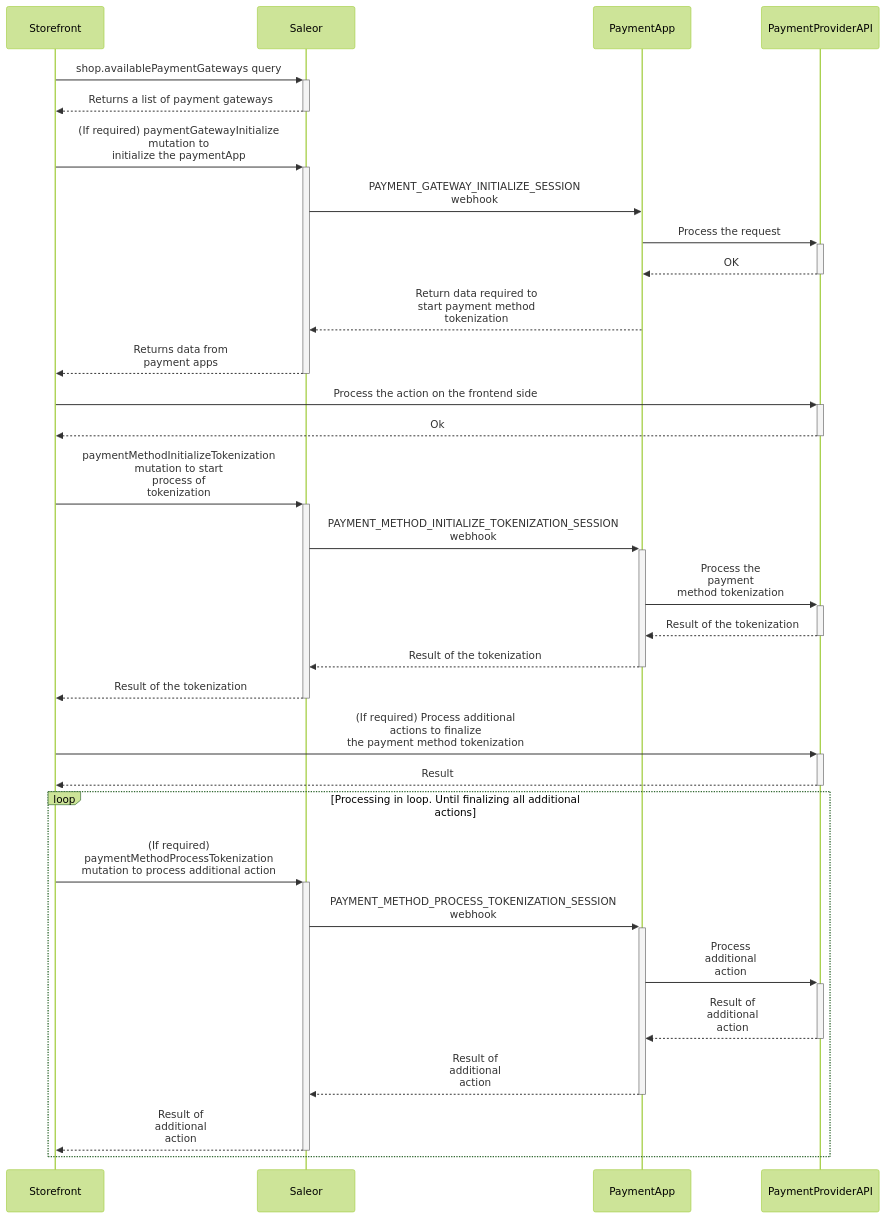
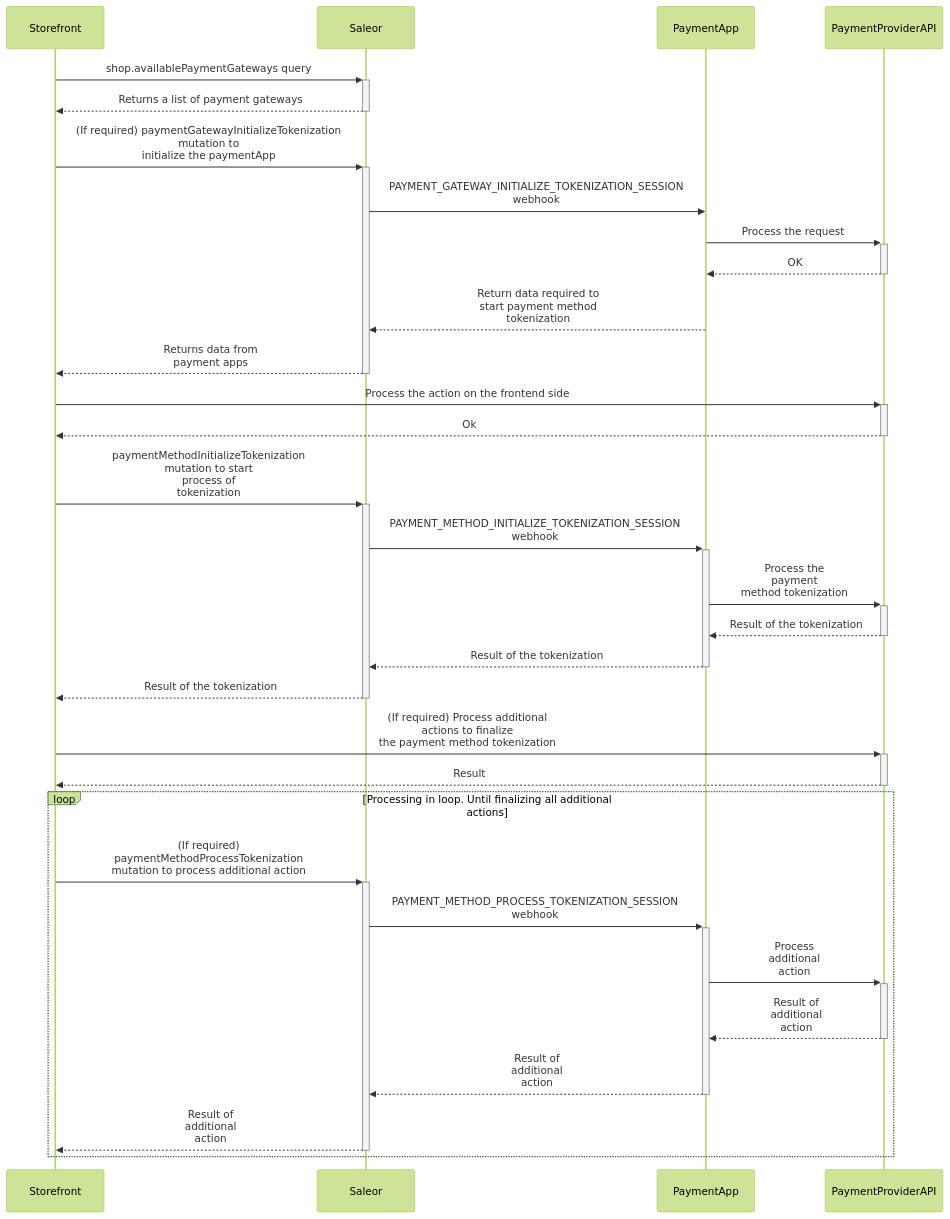
Before and after one commit to saleor/saleor-docs: the seventh of 7 diagrams in docs/developer/payments.mdx, drawn with Mermaid (forest theme). The commit also changed other lines of this file and 1 other file, not shown here.

Commit message:
Apply changes after review

````diff
--- a/docs/developer/payments.mdx
+++ b/docs/developer/payments.mdx
@@ -1163,29 +1163,29 @@
 ```mermaid
 sequenceDiagram
   Storefront->>+Saleor: shop.availablePaymentGateways query
   Saleor-->>-Storefront: Returns a list of payment gateways
-  Storefront->>+Saleor: (If required) paymentGatewayInitialize<br>mutation to<br>initialize the paymentApp
-  Saleor->>PaymentApp: PAYMENT_GATEWAY_INITIALIZE_SESSION<br>webhook
+  Storefront->>+Saleor: (If required) paymentGatewayInitializeTokenization<br>mutation to<br>initialize the paymentApp
+  Saleor->>PaymentApp: PAYMENT_GATEWAY_INITIALIZE_TOKENIZATION_SESSION<br>webhook
   PaymentApp->>+PaymentProviderAPI: Process the request
   PaymentProviderAPI-->>-PaymentApp: OK
   PaymentApp-->>Saleor: Return data required to<br>start payment method<br>tokenization
   Saleor-->>-Storefront: Returns data from<br>payment apps
   Storefront ->>+ PaymentProviderAPI: Process the action on the frontend side
   PaymentProviderAPI -->>- Storefront: Ok
   Storefront ->>+ Saleor: paymentMethodInitializeTokenization<br>mutation to start<br>process of<br>tokenization
   Saleor ->>+ PaymentApp: PAYMENT_METHOD_INITIALIZE_TOKENIZATION_SESSION<br>webhook
   PaymentApp ->>+ PaymentProviderAPI: Process the<br>payment<br>method tokenization
   PaymentProviderAPI -->>- PaymentApp: Result of the tokenization
   PaymentApp -->>- Saleor: Result of the tokenization
   Saleor -->>- Storefront: Result of the tokenization
   Storefront ->>+ PaymentProviderAPI: (If required) Process additional<br>actions to finalize<br>the payment method tokenization
   PaymentProviderAPI -->>- Storefront: Result
   loop Processing in loop. Until finalizing all additional actions
       Storefront ->>+ Saleor: (If required)<br>paymentMethodProcessTokenization<br>mutation to process additional action
       Saleor ->>+ PaymentApp: PAYMENT_METHOD_PROCESS_TOKENIZATION_SESSION<br>webhook
       PaymentApp ->>+ PaymentProviderAPI: Process<br> additional<br>action
       PaymentProviderAPI -->>- PaymentApp: Result of<br>additional<br>action
       PaymentApp -->>- Saleor: Result of<br>additional<br>action
       Saleor -->>- Storefront: Result of<br>additional<br>action
   end
 ```
````
